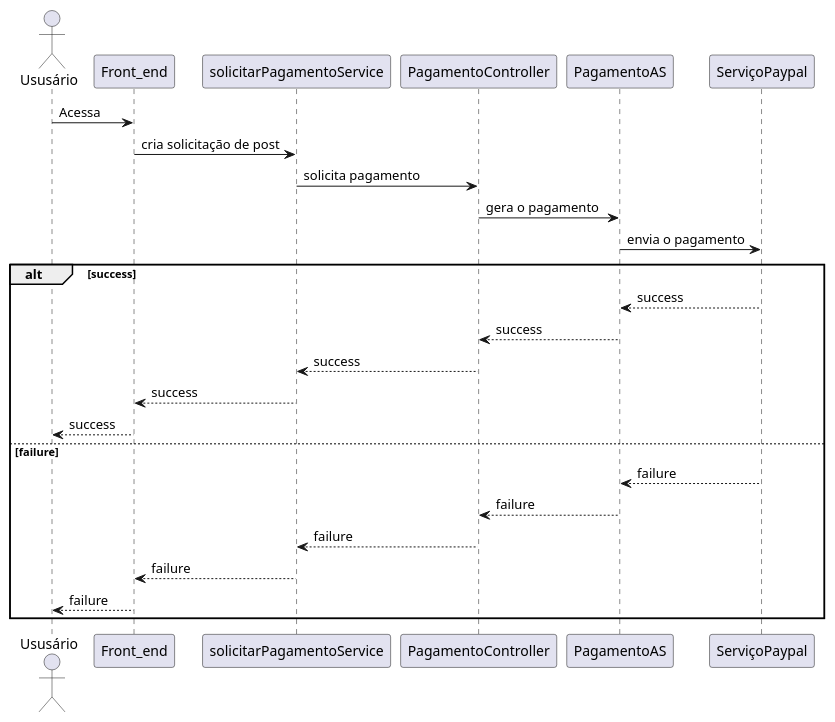
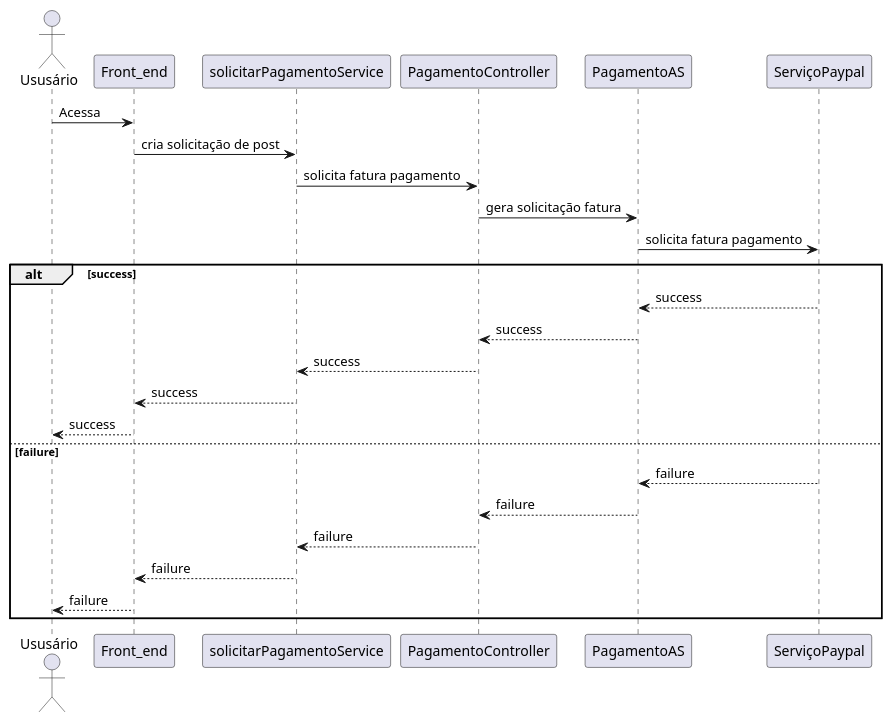
Before and after one commit to elissonlobao/igti-arq-web-trabalho-pratico: the diagram in src/04-codigo/02-diagrama-sequencia.puml, drawn with PlantUML. The commit also changed 7 other files, not shown here.

```diff
--- a/src/04-codigo/02-diagrama-sequencia.puml
+++ b/src/04-codigo/02-diagrama-sequencia.puml
@@ -1,22 +1,22 @@
 @startuml C4_Elements
     actor Ususário
     
     Ususário -> Front_end: Acessa
     Front_end -> solicitarPagamentoService: cria solicitação de post
-    solicitarPagamentoService -> PagamentoController: solicita pagamento
-    PagamentoController -> PagamentoAS: gera o pagamento
-    PagamentoAS -> ServiçoPaypal: envia o pagamento
+    solicitarPagamentoService -> PagamentoController: solicita fatura pagamento
+    PagamentoController -> PagamentoAS: gera solicitação fatura
+    PagamentoAS -> ServiçoPaypal: solicita fatura pagamento
     alt success
         PagamentoAS <-- ServiçoPaypal: success
         PagamentoController <-- PagamentoAS: success
         solicitarPagamentoService <-- PagamentoController: success
         Front_end <-- solicitarPagamentoService: success        
         Ususário <-- Front_end: success
     else failure
         PagamentoAS <-- ServiçoPaypal: failure
         PagamentoController <-- PagamentoAS: failure
         solicitarPagamentoService <-- PagamentoController: failure        
         Front_end <-- solicitarPagamentoService: failure        
         Ususário <-- Front_end: failure
     end
 @enduml
```
